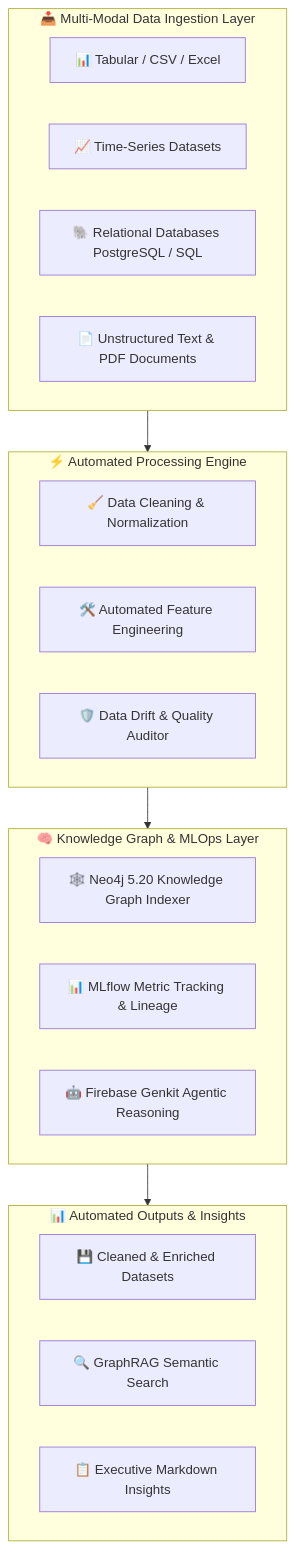
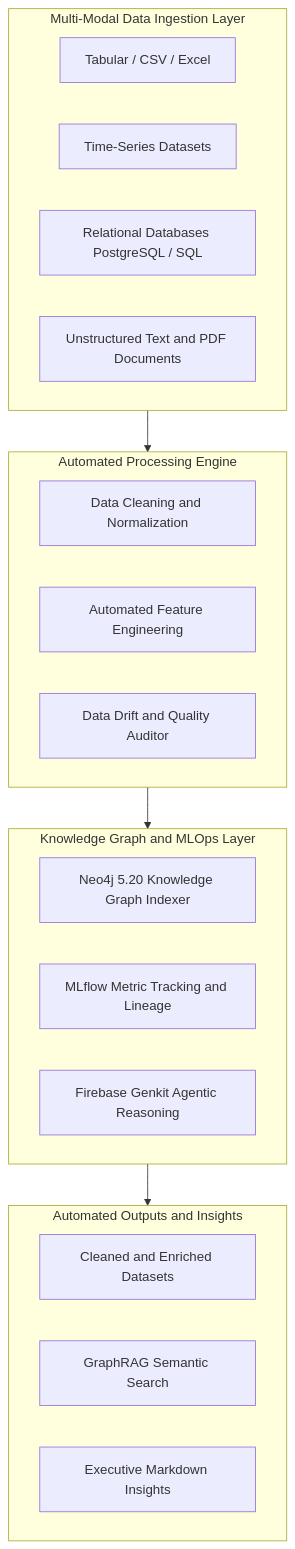
Before and after one commit to gervais-afk/dataset-automator: the diagram in README.md, drawn with Mermaid.

Commit message:
fix(docs): Clean Mermaid diagram syntax for GitHub rendering

````diff
--- a/README.md
+++ b/README.md
@@ -16,31 +16,31 @@
 ```mermaid
 graph TD
-    subgraph Ingestion ["📥 Multi-Modal Data Ingestion Layer"]
-        Tabular[📊 Tabular / CSV / Excel]
-        TimeSeries[📈 Time-Series Datasets]
-        SQLData[🐘 Relational Databases PostgreSQL / SQL]
-        TextDocs[📄 Unstructured Text & PDF Documents]
+    subgraph Ingestion ["Multi-Modal Data Ingestion Layer"]
+        Tabular["Tabular / CSV / Excel"]
+        TimeSeries["Time-Series Datasets"]
+        SQLData["Relational Databases PostgreSQL / SQL"]
+        TextDocs["Unstructured Text and PDF Documents"]
     end
 
-    subgraph Processing ["⚡ Automated Processing Engine"]
-        Cleaner[🧹 Data Cleaning & Normalization]
-        FeatureEng[🛠️ Automated Feature Engineering]
-        QualityAudit[🛡️ Data Drift & Quality Auditor]
+    subgraph Processing ["Automated Processing Engine"]
+        Cleaner["Data Cleaning and Normalization"]
+        FeatureEng["Automated Feature Engineering"]
+        QualityAudit["Data Drift and Quality Auditor"]
     end
 
-    subgraph Intelligence ["🧠 Knowledge Graph & MLOps Layer"]
-        Neo4jGraph[🕸️ Neo4j 5.20 Knowledge Graph Indexer]
-        MLflowTrack[📊 MLflow Metric Tracking & Lineage]
-        GenkitAgent[🤖 Firebase Genkit Agentic Reasoning]
+    subgraph Intelligence ["Knowledge Graph and MLOps Layer"]
+        Neo4jGraph["Neo4j 5.20 Knowledge Graph Indexer"]
+        MLflowTrack["MLflow Metric Tracking and Lineage"]
+        GenkitAgent["Firebase Genkit Agentic Reasoning"]
     end
 
-    subgraph Outputs ["📊 Automated Outputs & Insights"]
-        CleanData[💾 Cleaned & Enriched Datasets]
-        GraphInsights[🔍 GraphRAG Semantic Search]
-        AIReports[📋 Executive Markdown Insights]
+    subgraph Outputs ["Automated Outputs and Insights"]
+        CleanData["Cleaned and Enriched Datasets"]
+        GraphInsights["GraphRAG Semantic Search"]
+        AIReports["Executive Markdown Insights"]
     end
 
     Ingestion --> Processing
     Processing --> Intelligence
     Intelligence --> Outputs
 ```
````
